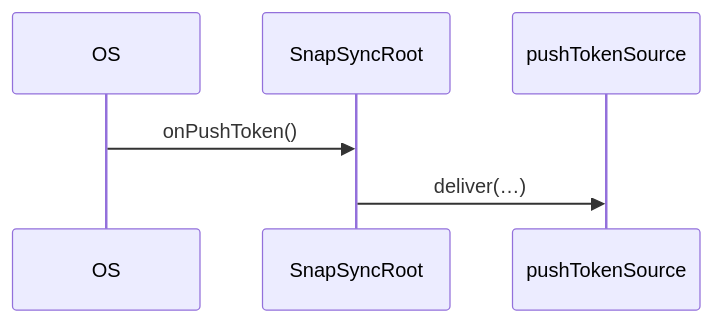
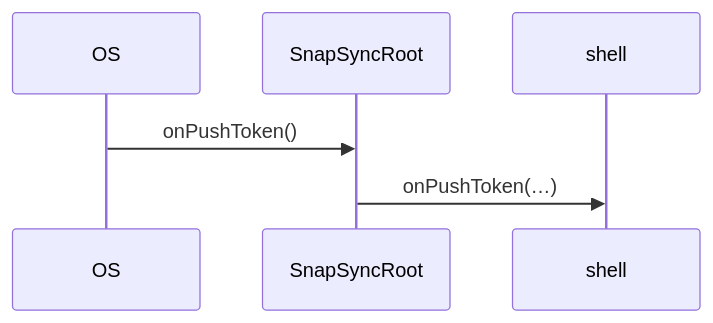
Before and after one commit to stefanhoelzl/SnapSync: the diagram in architecture/flows/onPushToken.md, drawn with Mermaid. The commit also changed other lines of this file and 65 other files, not shown here.

First line of the commit message:
feat(architecture): migration step 8 C3/3 — command bundle · rule sinks · the one-switch shell

````diff
--- a/architecture/flows/onPushToken.md
+++ b/architecture/flows/onPushToken.md
@@ -12,8 +12,8 @@
 ```mermaid
 sequenceDiagram
   participant OS
   participant SnapSyncRoot
-  participant pushTokenSource
+  participant shell
   OS->>SnapSyncRoot: onPushToken()
-  SnapSyncRoot->>pushTokenSource: deliver(…)
+  SnapSyncRoot->>shell: onPushToken(…)
 ```
````
